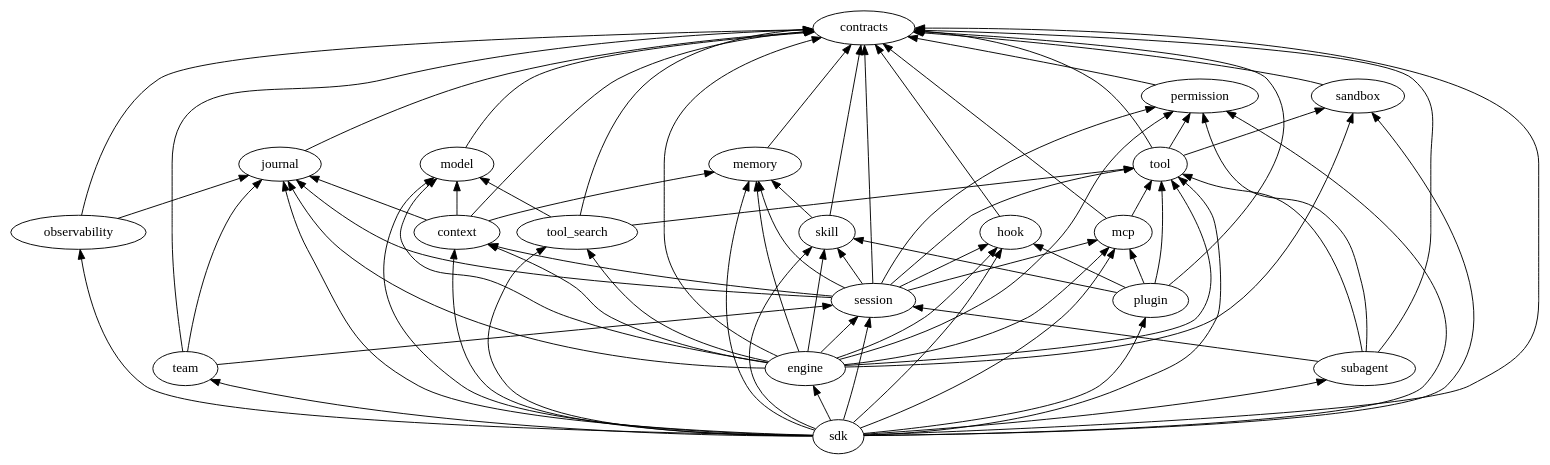
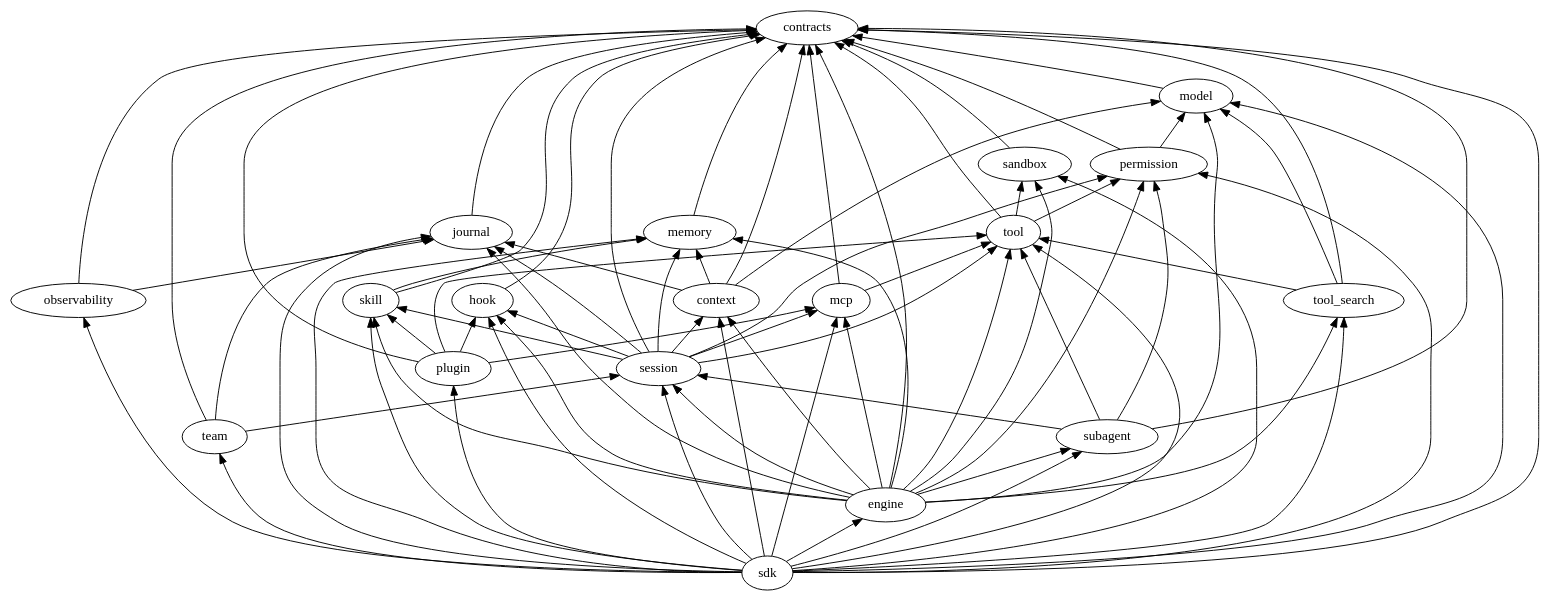
The diagram in docs/architecture/harness/expected-depgraph.dot (GoyacJ/octopus), drawn with Graphviz before and after one commit. The commit also changed 6 other files, not shown here.

```diff
--- a/docs/architecture/harness/expected-depgraph.dot
+++ b/docs/architecture/harness/expected-depgraph.dot
@@ -1,82 +1,100 @@
 digraph octopus_harness {
   rankdir=BT;
 
+  context;
   contracts;
+  engine;
+  hook;
+  journal;
+  mcp;
+  memory;
+  model;
+  observability;
+  permission;
+  plugin;
+  sandbox;
+  sdk;
+  session;
+  skill;
+  subagent;
+  team;
+  tool;
+  tool_search;
+
+  context -> contracts;
+  context -> journal;
+  context -> memory;
+  context -> model;
+  engine -> context;
+  engine -> contracts;
+  engine -> hook;
+  engine -> journal;
+  engine -> mcp;
+  engine -> memory;
+  engine -> model;
+  engine -> permission;
+  engine -> sandbox;
+  engine -> session;
+  engine -> skill;
+  engine -> subagent;
+  engine -> tool;
+  engine -> tool_search;
+  hook -> contracts;
+  journal -> contracts;
+  mcp -> contracts;
+  mcp -> tool;
+  memory -> contracts;
   model -> contracts;
-  journal -> contracts;
+  observability -> contracts;
+  observability -> journal;
+  permission -> contracts;
+  permission -> model;
+  plugin -> contracts;
+  plugin -> hook;
+  plugin -> mcp;
+  plugin -> skill;
+  plugin -> tool;
   sandbox -> contracts;
-  permission -> contracts;
-  memory -> contracts;
-
+  sdk -> context;
+  sdk -> contracts;
+  sdk -> engine;
+  sdk -> hook;
+  sdk -> journal;
+  sdk -> mcp;
+  sdk -> memory;
+  sdk -> model;
+  sdk -> observability;
+  sdk -> permission;
+  sdk -> plugin;
+  sdk -> sandbox;
+  sdk -> session;
+  sdk -> skill;
+  sdk -> subagent;
+  sdk -> team;
+  sdk -> tool;
+  sdk -> tool_search;
+  session -> context;
+  session -> contracts;
+  session -> hook;
+  session -> journal;
+  session -> mcp;
+  session -> memory;
+  session -> permission;
+  session -> skill;
+  session -> tool;
+  skill -> contracts;
+  skill -> memory;
+  subagent -> contracts;
+  subagent -> permission;
+  subagent -> session;
+  subagent -> tool;
+  team -> contracts;
+  team -> journal;
+  team -> session;
   tool -> contracts;
   tool -> permission;
   tool -> sandbox;
   tool_search -> contracts;
   tool_search -> model;
   tool_search -> tool;
-  skill -> contracts;
-  skill -> memory;
-  mcp -> contracts;
-  mcp -> tool;
-  hook -> contracts;
-  context -> contracts;
-  context -> journal;
-  context -> memory;
-  context -> model;
-  session -> contracts;
-  session -> journal;
-  session -> context;
-  session -> permission;
-  session -> memory;
-  session -> tool;
-  session -> skill;
-  session -> mcp;
-  session -> hook;
-
-  engine -> contracts;
-  engine -> model;
-  engine -> journal;
-  engine -> sandbox;
-  engine -> permission;
-  engine -> memory;
-  engine -> tool;
-  engine -> tool_search;
-  engine -> skill;
-  engine -> mcp;
-  engine -> hook;
-  engine -> context;
-  engine -> session;
-  subagent -> contracts;
-  subagent -> session;
-  subagent -> tool;
-  subagent -> permission;
-  team -> contracts;
-  team -> session;
-  team -> journal;
-  plugin -> contracts;
-  plugin -> tool;
-  plugin -> hook;
-  plugin -> mcp;
-  plugin -> skill;
-  observability -> contracts;
-  observability -> journal;
-
-  sdk -> contracts;
-  sdk -> model;
-  sdk -> journal;
-  sdk -> sandbox;
-  sdk -> permission;
-  sdk -> memory;
-  sdk -> tool;
-  sdk -> tool_search;
-  sdk -> skill;
-  sdk -> mcp;
-  sdk -> hook;
-  sdk -> context;
-  sdk -> session;
-  sdk -> engine;
-  sdk -> subagent;
-  sdk -> team;
-  sdk -> plugin;
-  sdk -> observability;
 }
```
